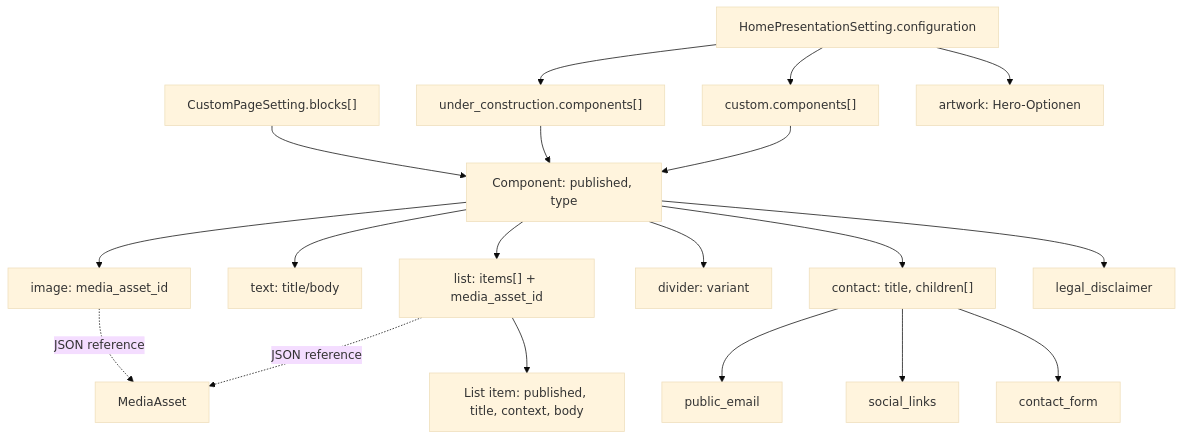
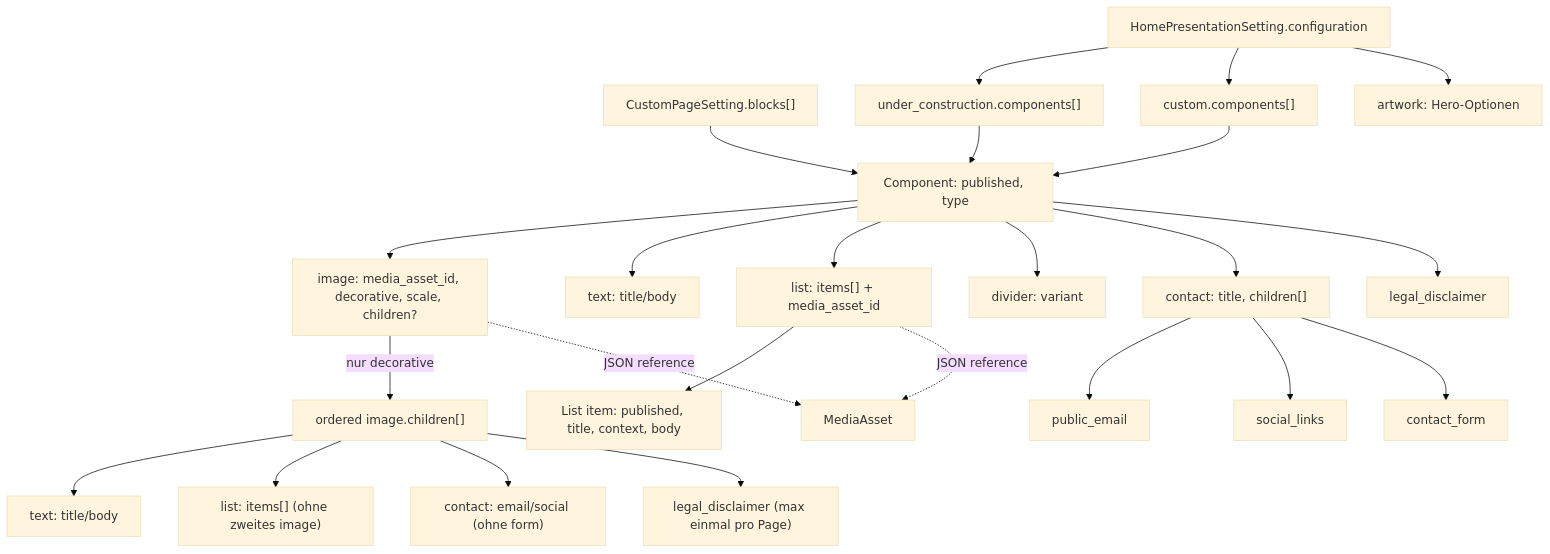
One commit to Wiiii90/moeller-lars changed the diagram in docs/architecture/structured-components.md. Above: the diagram before and after it, drawn with Mermaid (base theme). The commit also changed other lines of this file and 3 other files, not shown here.

Commit message:
docs(components): source-model decorative image children, adoption and native wrapping

````diff
--- a/docs/architecture/structured-components.md
+++ b/docs/architecture/structured-components.md
@@ -9,21 +9,26 @@
 ```mermaid
 flowchart TD
     Page["CustomPageSetting.blocks[]"] --> Block["Component: published, type"]
     Home["HomePresentationSetting.configuration"] --> Construction["under_construction.components[]"]
     Home --> Custom["custom.components[]"]
     Home --> Hero["artwork: Hero-Optionen"]
     Construction --> Block
     Custom --> Block
-    Block --> Image["image: media_asset_id"]
+    Block --> Image["image: media_asset_id, decorative, scale, children?"]
+    Image -->|"nur decorative"| ImageChildren["ordered image.children[]"]
+    ImageChildren --> ProseText["text: title/body"]
+    ImageChildren --> ProseList["list: items[] (ohne zweites image)"]
+    ImageChildren --> ProseContact["contact: email/social (ohne form)"]
+    ImageChildren --> ProseLegal["legal_disclaimer (max einmal pro Page)"]
     Block --> Text["text: title/body"]
     Block --> List["list: items[] + media_asset_id"]
     List --> Entry["List item: published, title, context, body"]
     Block --> Divider["divider: variant"]
     Block --> Contact["contact: title, children[]"]
     Contact --> Email["public_email"]
     Contact --> Social["social_links"]
     Contact --> Form["contact_form"]
     Block --> Legal["legal_disclaimer"]
     Image -. "JSON reference" .-> Media["MediaAsset"]
     List -. "JSON reference" .-> Media
 ```
````
